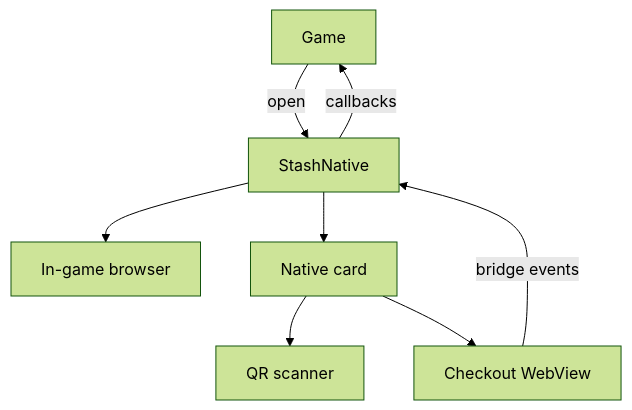
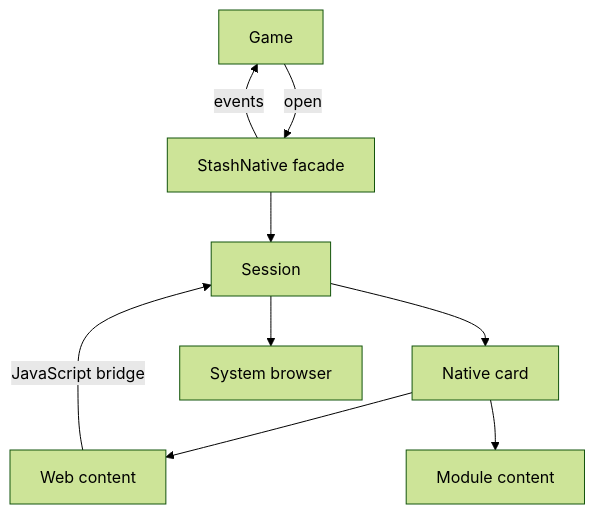
Before and after one commit to stashgg/stash-native: the first of 2 diagrams in docs/architecture/index.md, drawn with Mermaid (forest theme). The commit also changed other lines of this file and 30 other files, not shown here.

````diff
--- a/docs/architecture/index.md
+++ b/docs/architecture/index.md
@@ -14,10 +14,11 @@
 ```mermaid
 flowchart TB
-    Game[Game] -->|open| SDK[StashNative]
-    SDK -->|callbacks| Game
-    SDK --> Browser[In-game browser]
-    SDK --> Card[Native card]
-    Card --> Scanner[QR scanner]
-    Card --> Web[Checkout WebView]
-    Web -->|bridge events| SDK
+    Game[Game] -->|open| SDK[StashNative facade]
+    SDK -->|events| Game
+    SDK --> Session[Session]
+    Session --> Card[Native card]
+    Session --> Browser[System browser]
+    Card --> Web[Web content]
+    Card --> Module[Module content]
+    Web -->|JavaScript bridge| Session
 ```
````
